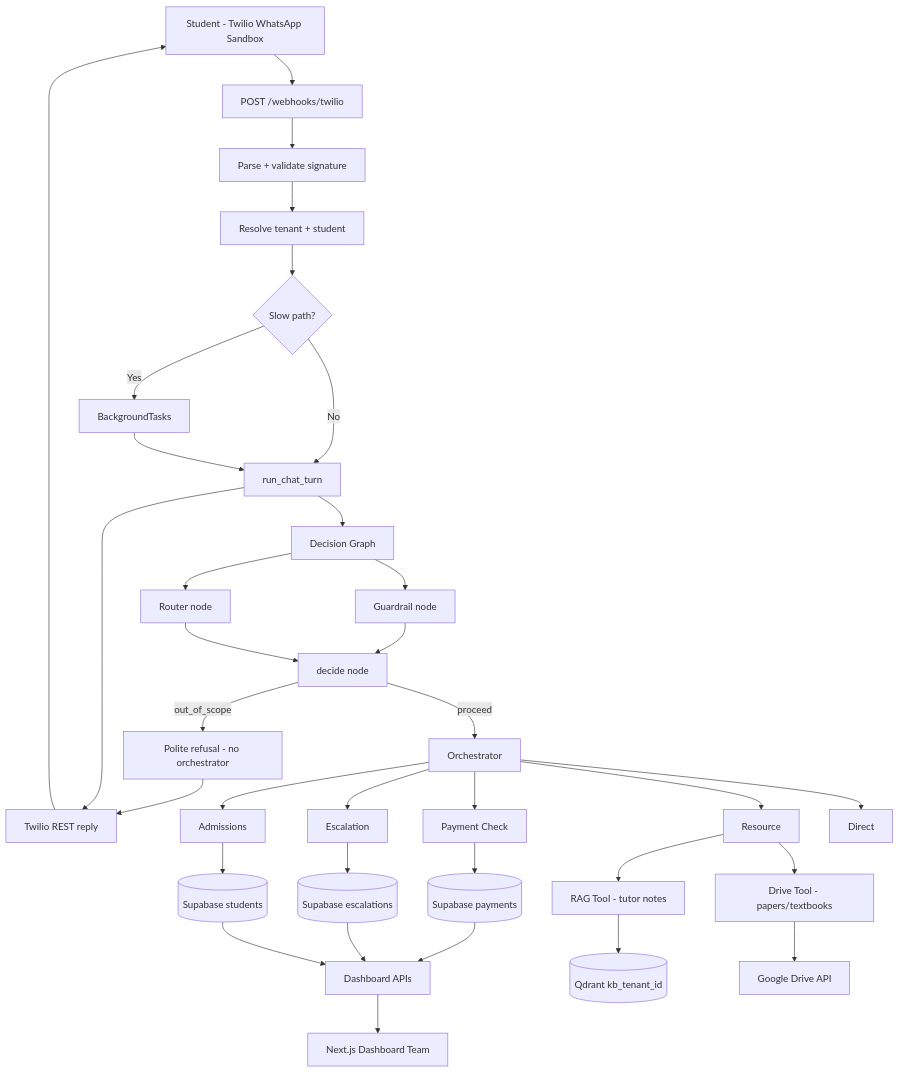
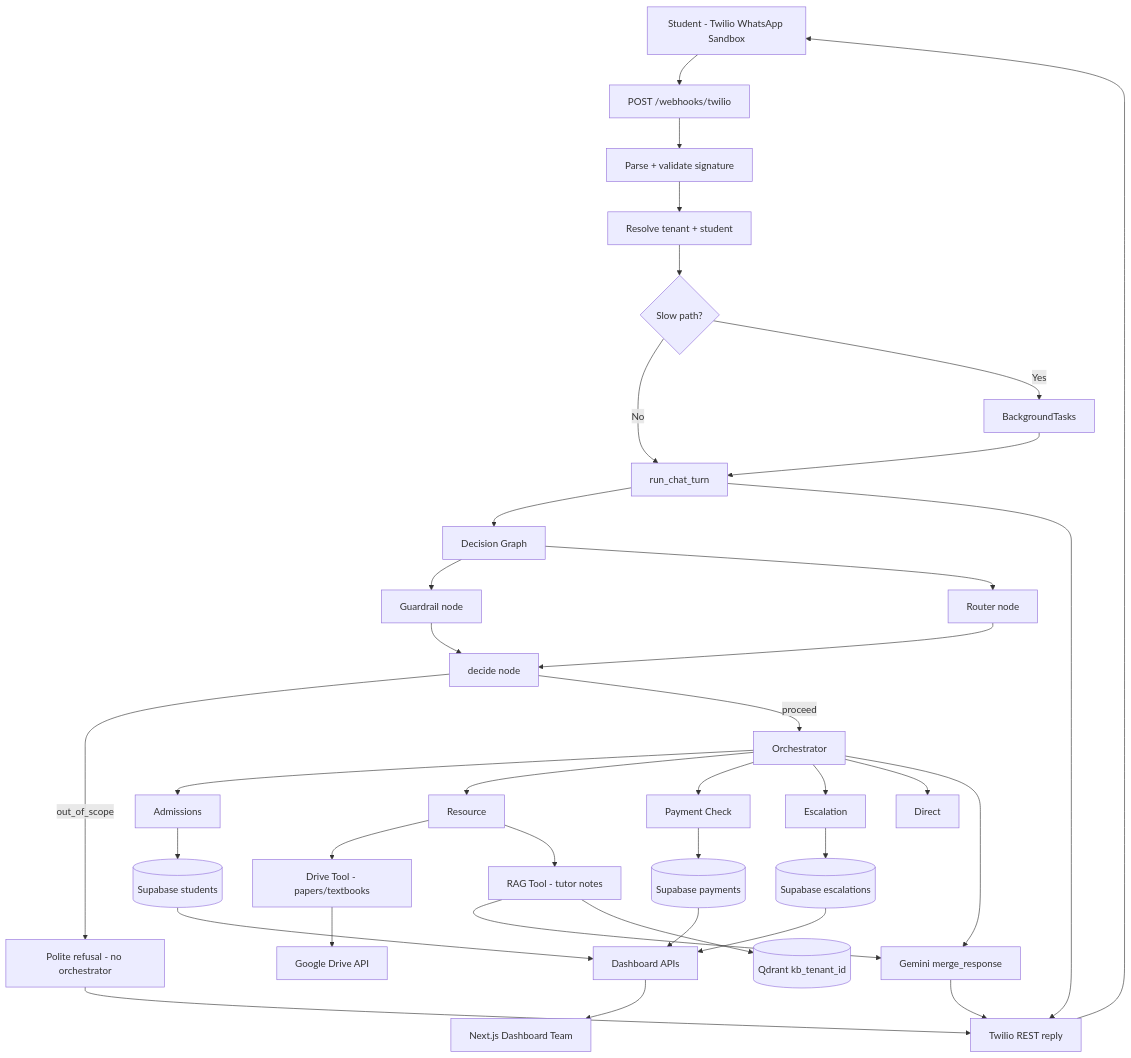
Before and after one commit to Axiom-AI-Agent/Axiom-AI: the diagram in docs/Technical Docs/AI backend - Roadmap.md, drawn with Mermaid. The commit also changed other lines of this file and 112 other files, not shown here.

First line of the commit message:
Add .gitignore, enhance README, and update roadmap documentation

````diff
--- a/docs/Technical Docs/AI backend - Roadmap.md
+++ b/docs/Technical Docs/AI backend - Roadmap.md
@@ -197,36 +416,39 @@
 ```mermaid
 flowchart TD
     S[Student - Twilio WhatsApp Sandbox] --> TW[POST /webhooks/twilio]
     TW --> PARSE[Parse + validate signature]
     PARSE --> TEN[Resolve tenant + student]
     TEN --> BT{Slow path?}
     BT -->|No| PIPE[run_chat_turn]
     BT -->|Yes| BG[BackgroundTasks]
     BG --> PIPE
     PIPE --> DG[Decision Graph]
     DG --> G[Guardrail node]
     DG --> R[Router node]
     G --> DEC[decide node]
     R --> DEC
     DEC -->|out_of_scope| OOS[Polite refusal - no orchestrator]
     DEC -->|proceed| ORCH[Orchestrator]
     OOS --> REPLY
     ORCH --> ADM[Admissions]
     ORCH --> RES[Resource]
     ORCH --> PAY[Payment Check]
     ORCH --> ESC[Escalation]
     ORCH --> DIR[Direct]
+    ORCH --> MERGE[Gemini merge_response]
+    MERGE --> REPLY
     RES --> DRIVE[Drive Tool - papers/textbooks]
     RES --> RAG[RAG Tool - tutor notes]
+    RAG --> MERGE
     PAY --> SB[(Supabase payments)]
     ESC --> SB2[(Supabase escalations)]
     ADM --> SB3[(Supabase students)]
     PIPE --> REPLY[Twilio REST reply]
     REPLY --> S
     SB --> DASH[Dashboard APIs]
     SB2 --> DASH
     SB3 --> DASH
     DASH --> FE[Next.js Dashboard Team]
     RAG --> QD[(Qdrant kb_tenant_id)]
     DRIVE --> GD[Google Drive API]
 ```
````
